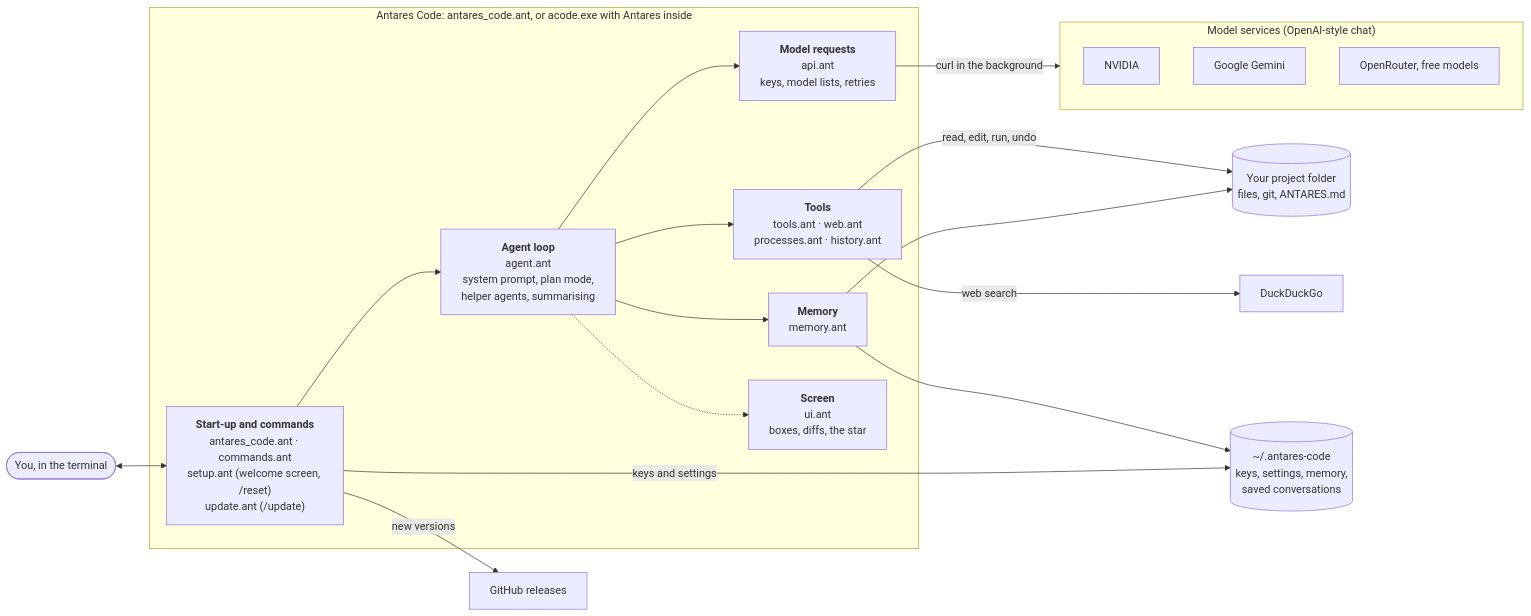
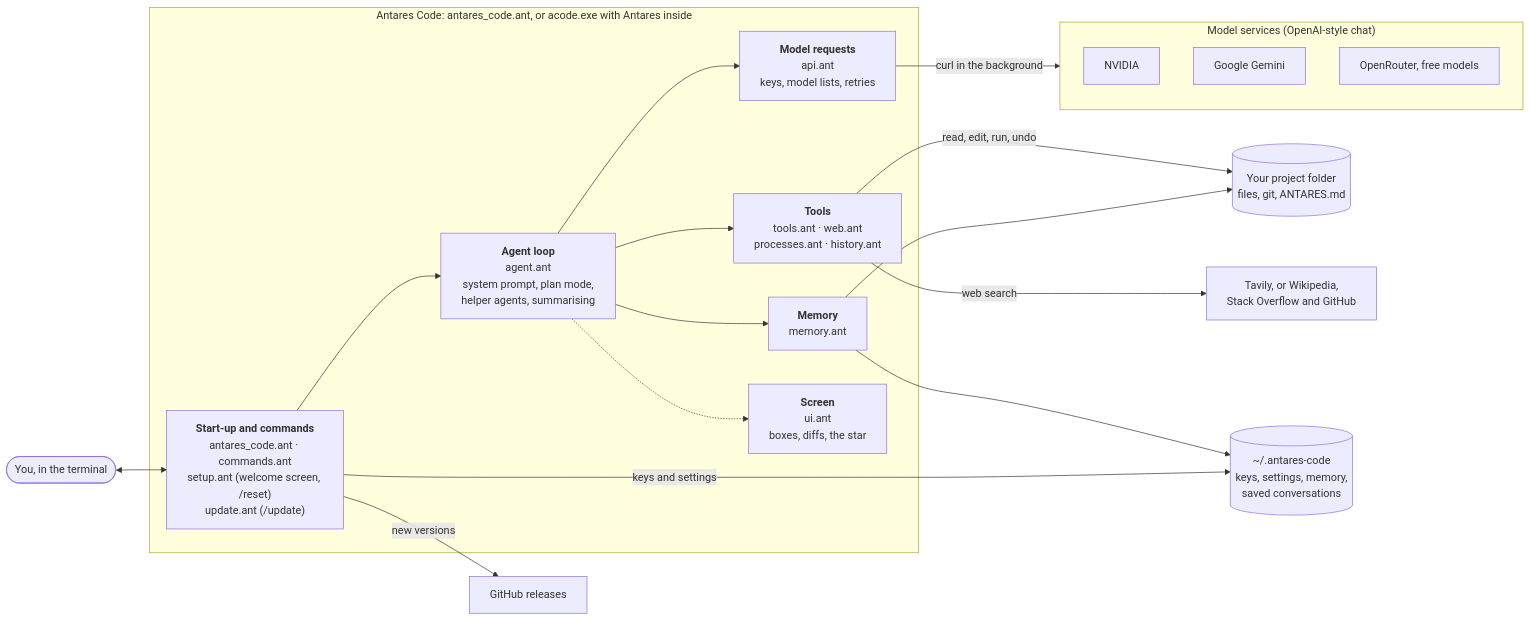
The first of 2 diagrams in README.md (Madushan996/AntaresCode), drawn with Mermaid before and after one commit. The commit also changed other lines of this file and 9 other files, not shown here.

````diff
--- a/README.md
+++ b/README.md
@@ -380,38 +393,38 @@
 ```mermaid
 flowchart LR
     you(["You, in the terminal"])
 
     subgraph app["Antares Code: antares_code.ant, or acode.exe with Antares inside"]
         start["<b>Start-up and commands</b><br/>antares_code.ant · commands.ant<br/>setup.ant (welcome screen, /reset)<br/>update.ant (/update)"]
         agent["<b>Agent loop</b><br/>agent.ant<br/>system prompt, plan mode,<br/>helper agents, summarising"]
         api["<b>Model requests</b><br/>api.ant<br/>keys, model lists, retries"]
         tools["<b>Tools</b><br/>tools.ant · web.ant<br/>processes.ant · history.ant"]
         mem["<b>Memory</b><br/>memory.ant"]
         ui["<b>Screen</b><br/>ui.ant<br/>boxes, diffs, the star"]
     end
 
     subgraph services["Model services (OpenAI-style chat)"]
         nvidia["NVIDIA"]
         gemini["Google Gemini"]
         openrouter["OpenRouter, free models"]
     end
 
     project[("Your project folder<br/>files, git, ANTARES.md")]
     data[("~/.antares-code<br/>keys, settings, memory,<br/>saved conversations")]
-    ddg["DuckDuckGo"]
+    ddg["Tavily, or Wikipedia,<br/>Stack Overflow and GitHub"]
     github["GitHub releases"]
 
     you <--> start
     start --> agent
     agent --> api
     agent --> tools
     agent --> mem
     agent -.-> ui
     api -- "curl in the background" --> services
     tools -- "read, edit, run, undo" --> project
     tools -- "web search" --> ddg
     mem --> data
     mem --> project
     start -- "keys and settings" --> data
     start -- "new versions" --> github
 ```
````
